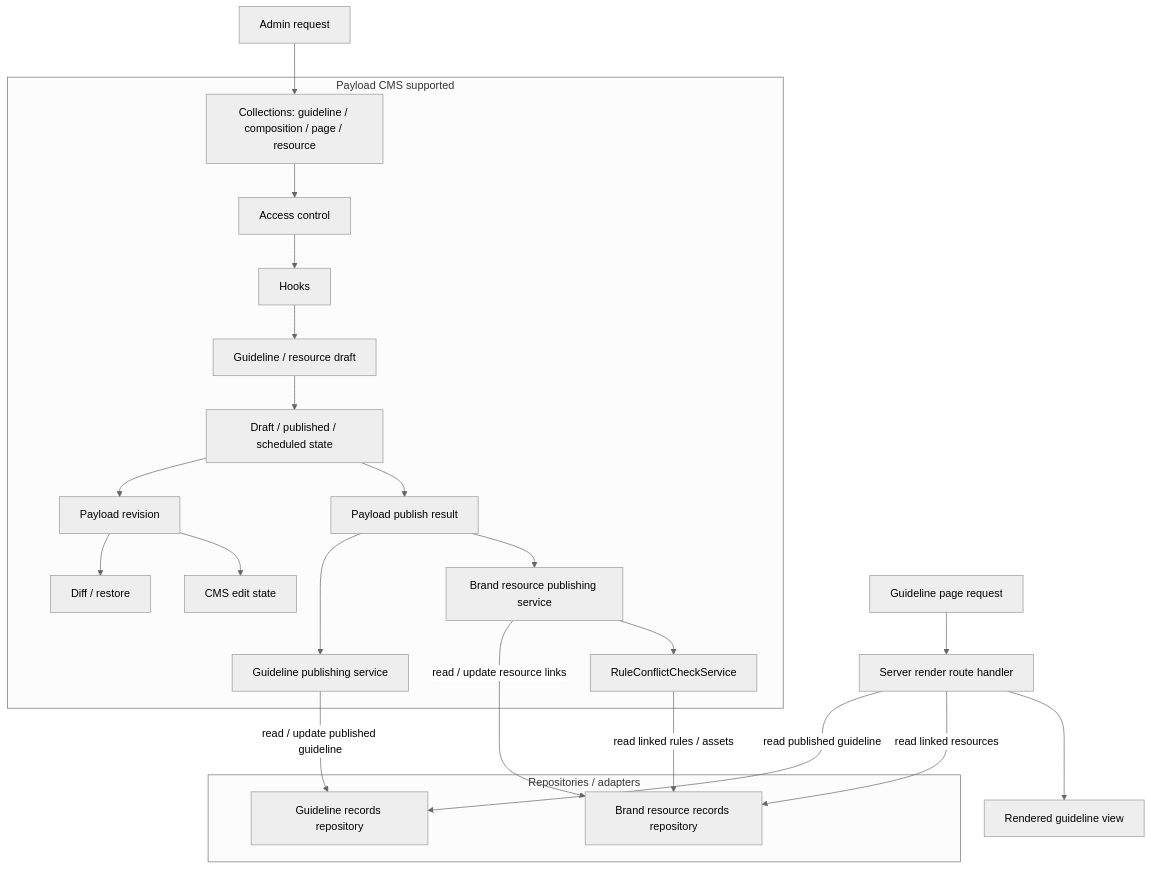
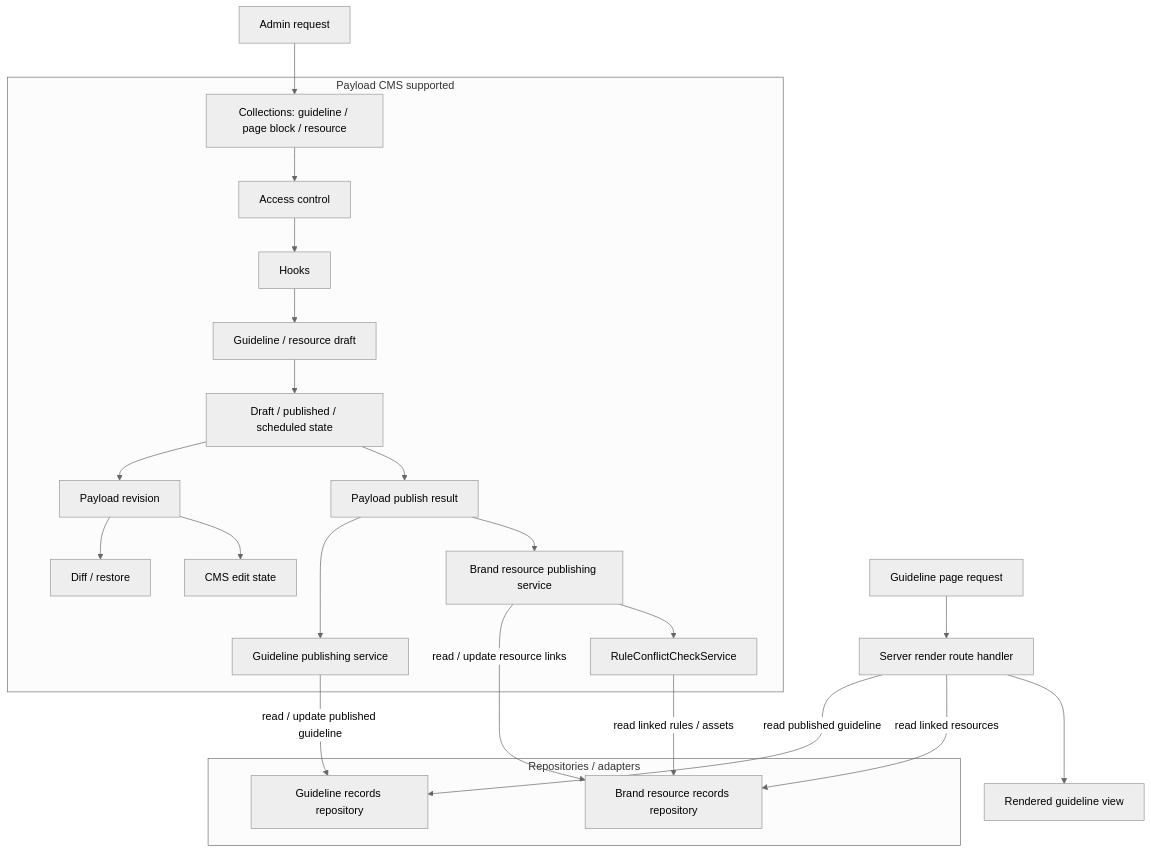
Before and after one commit to ewoooo/living-brand-system: the second of 8 diagrams in docs/05-system-architecture.md, drawn with Mermaid (neutral theme). The commit also changed other lines of this file and 20 other files, not shown here.

````diff
--- a/docs/05-system-architecture.md
+++ b/docs/05-system-architecture.md
@@ -264,50 +264,50 @@
 ```mermaid
 flowchart TB
   AdminRequest["Admin request"]
   GuidelineRequest["Guideline page request"]
 
   subgraph PayloadSupported["Payload CMS supported"]
-    Collections["Collections: guideline / composition / page / resource"]
+    Collections["Collections: guideline / page block / resource"]
     Access["Access control"]
     Hooks["Hooks"]
     Draft["Guideline / resource draft"]
     PublishState["Draft / published / scheduled state"]
     Revision["Payload revision"]
     DiffRestore["Diff / restore"]
     EditState["CMS edit state"]
     PublishResult["Payload publish result"]
     GuidelineService["Guideline publishing service"]
     ResourceService["Brand resource publishing service"]
     ConflictCheck["RuleConflictCheckService"]
   end
 
   subgraph Repositories["Repositories / adapters"]
     GuidelineRepository["Guideline records repository"]
     BrandResourceRepository["Brand resource records repository"]
   end
 
   ServerRender["Server render route handler"]
   RenderedView["Rendered guideline view"]
 
   AdminRequest --> Collections
   Collections --> Access
   Access --> Hooks
   Hooks --> Draft
   Draft --> PublishState
   PublishState --> Revision
   Revision --> DiffRestore
   Revision --> EditState
 
   PublishState --> PublishResult
   PublishResult --> GuidelineService
   PublishResult --> ResourceService
   GuidelineService -->|"read / update published guideline"| GuidelineRepository
   ResourceService -->|"read / update resource links"| BrandResourceRepository
   ResourceService --> ConflictCheck
   ConflictCheck -->|"read linked rules / assets"| BrandResourceRepository
 
   GuidelineRequest --> ServerRender
   ServerRender -->|"read published guideline"| GuidelineRepository
   ServerRender -->|"read linked resources"| BrandResourceRepository
   ServerRender --> RenderedView
 ```
````
